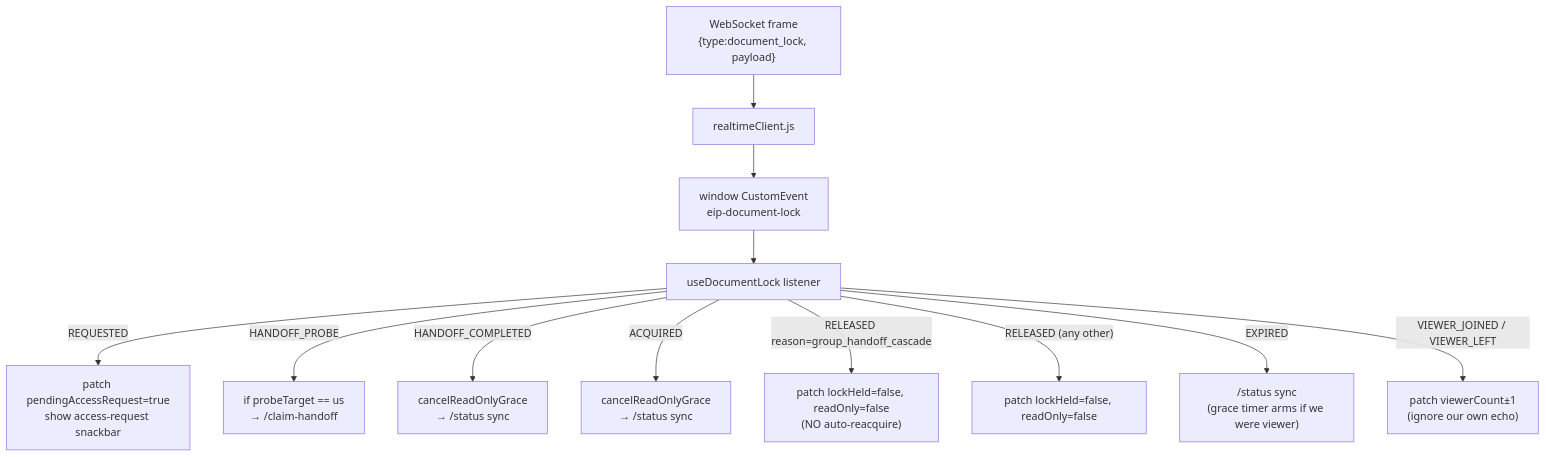
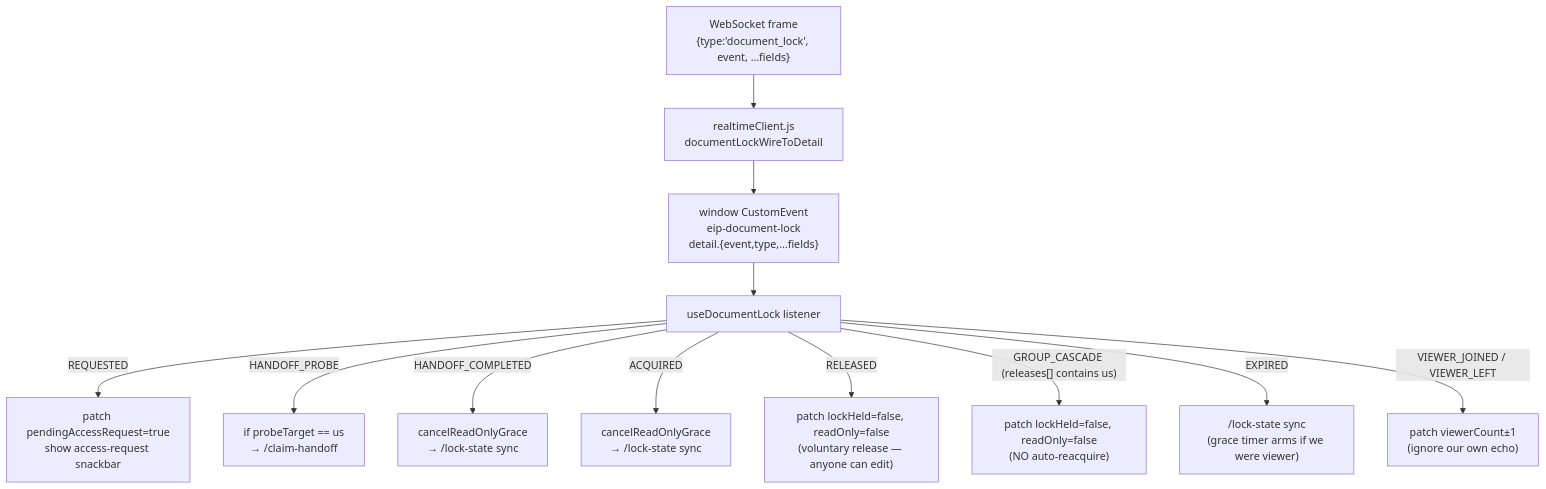
Before and after one commit to darcy561/eve-industry-planner: the first of 2 diagrams in docs/document-lock/FRONTEND.md, drawn with Mermaid. The commit also changed other lines of this file and 41 other files, not shown here.

First line of the commit message:
refactor(document-lock): enhance document lock handling and update API interactions

````diff
--- a/docs/document-lock/FRONTEND.md
+++ b/docs/document-lock/FRONTEND.md
@@ -102,18 +102,18 @@
 ```mermaid
 flowchart TD
-  WS["WebSocket frame<br/>{type:document_lock, payload}"]
-  RT["realtimeClient.js"]
-  CE["window CustomEvent<br/>eip-document-lock"]
+  WS["WebSocket frame<br/>{type:'document_lock', event, …fields}"]
+  RT["realtimeClient.js<br/>documentLockWireToDetail"]
+  CE["window CustomEvent<br/>eip-document-lock<br/>detail.{event,type,…fields}"]
   HK["useDocumentLock listener"]
 
   WS --> RT --> CE --> HK
 
   HK -->|"REQUESTED"| Snack["patch pendingAccessRequest=true<br/>show access-request snackbar"]
   HK -->|"HANDOFF_PROBE"| Claim["if probeTarget == us<br/>→ /claim-handoff"]
-  HK -->|"HANDOFF_COMPLETED"| Sync1["cancelReadOnlyGrace<br/>→ /status sync"]
-  HK -->|"ACQUIRED"| Sync2["cancelReadOnlyGrace<br/>→ /status sync"]
-  HK -->|"RELEASED reason=group_handoff_cascade"| Cascade["patch lockHeld=false, readOnly=false<br/>(NO auto-reacquire)"]
-  HK -->|"RELEASED (any other)"| VolRel["patch lockHeld=false, readOnly=false"]
-  HK -->|"EXPIRED"| Sync3["/status sync<br/>(grace timer arms if we were viewer)"]
+  HK -->|"HANDOFF_COMPLETED"| Sync1["cancelReadOnlyGrace<br/>→ /lock-state sync"]
+  HK -->|"ACQUIRED"| Sync2["cancelReadOnlyGrace<br/>→ /lock-state sync"]
+  HK -->|"RELEASED"| VolRel["patch lockHeld=false, readOnly=false<br/>(voluntary release — anyone can edit)"]
+  HK -->|"GROUP_CASCADE (releases[] contains us)"| CascadeBatch["patch lockHeld=false, readOnly=false<br/>(NO auto-reacquire)"]
+  HK -->|"EXPIRED"| Sync3["/lock-state sync<br/>(grace timer arms if we were viewer)"]
   HK -->|"VIEWER_JOINED / VIEWER_LEFT"| VC["patch viewerCount±1<br/>(ignore our own echo)"]
 ```
````
